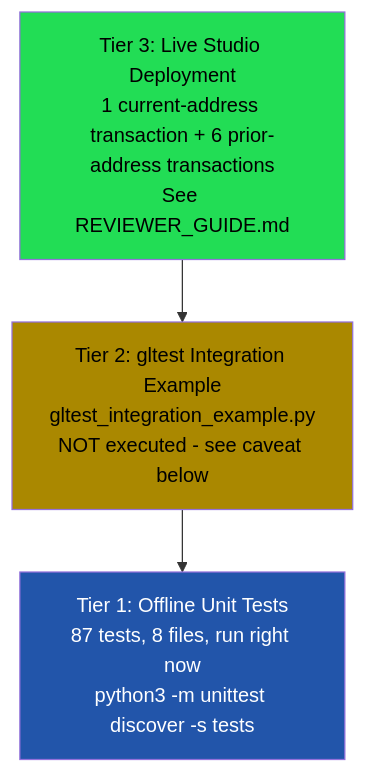
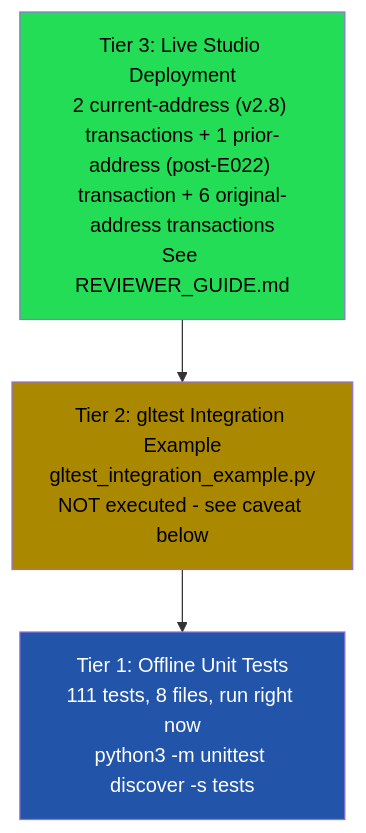
The diagram in TESTING.md (123Cryp/genlayer-truthbeacon), drawn with Mermaid before and after one commit. The commit also changed other lines of this file and 4 other files, not shown here.

````diff
--- a/TESTING.md
+++ b/TESTING.md
@@ -9,10 +9,10 @@
 ```mermaid
 flowchart TD
-    A["Tier 3: Live Studio Deployment\n1 current-address transaction + 6 prior-address transactions\nSee REVIEWER_GUIDE.md"] --> B
+    A["Tier 3: Live Studio Deployment\n2 current-address (v2.8) transactions + 1 prior-address (post-E022) transaction + 6 original-address transactions\nSee REVIEWER_GUIDE.md"] --> B
     B["Tier 2: gltest Integration Example\ngltest_integration_example.py\nNOT executed - see caveat below"] --> C
-    C["Tier 1: Offline Unit Tests\n87 tests, 8 files, run right now\npython3 -m unittest discover -s tests"]
+    C["Tier 1: Offline Unit Tests\n111 tests, 8 files, run right now\npython3 -m unittest discover -s tests"]
 
     style A fill:#2d5,color:#000
     style B fill:#a80,color:#000
     style C fill:#25a,color:#fff
 ```
````
